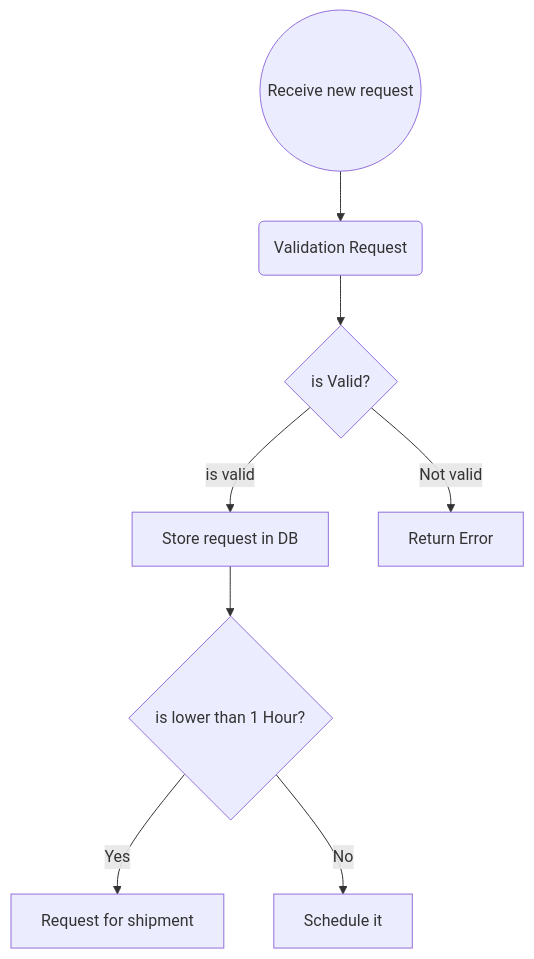
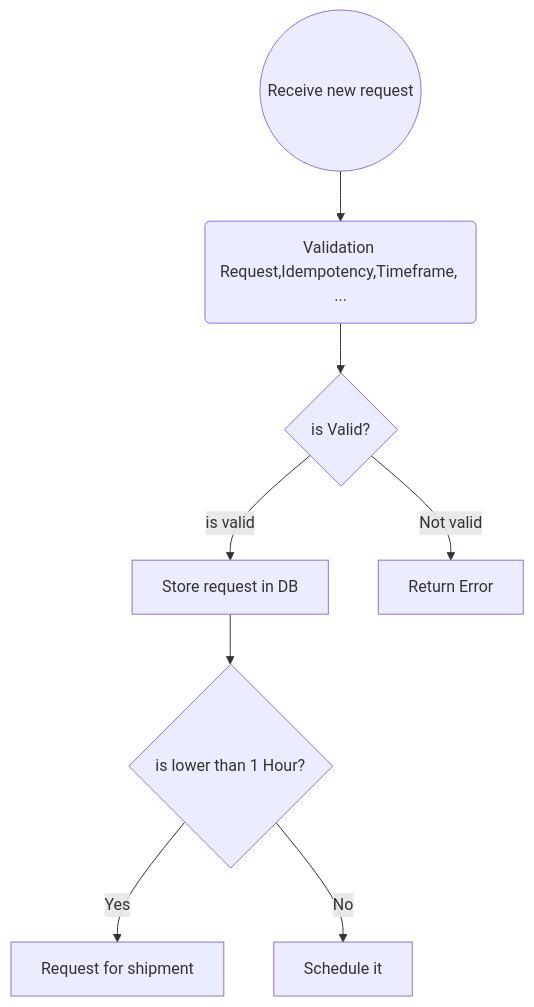
Before and after one commit to majidhosseini/snappshop-delivery: the first of 4 diagrams in README.md, drawn with Mermaid. The commit also changed other lines of this file and 25 other files, not shown here.

````diff
--- a/README.md
+++ b/README.md
@@ -20,10 +22,10 @@
 ```mermaid
 flowchart TD
-    A((Receive new request)) --> B(Validation Request)
+    A((Receive new request)) --> B(Validation Request,Idempotency,Timeframe, ...)
     B --> C{is Valid?}
     C --> |is valid| D[Store request in DB]
     C --> |Not valid| E[Return Error]
     D --> F{is lower than 1 Hour?}
     F -->|Yes| G[Request for shipment]
     F -->|No| H[Schedule it]
 ```
````
